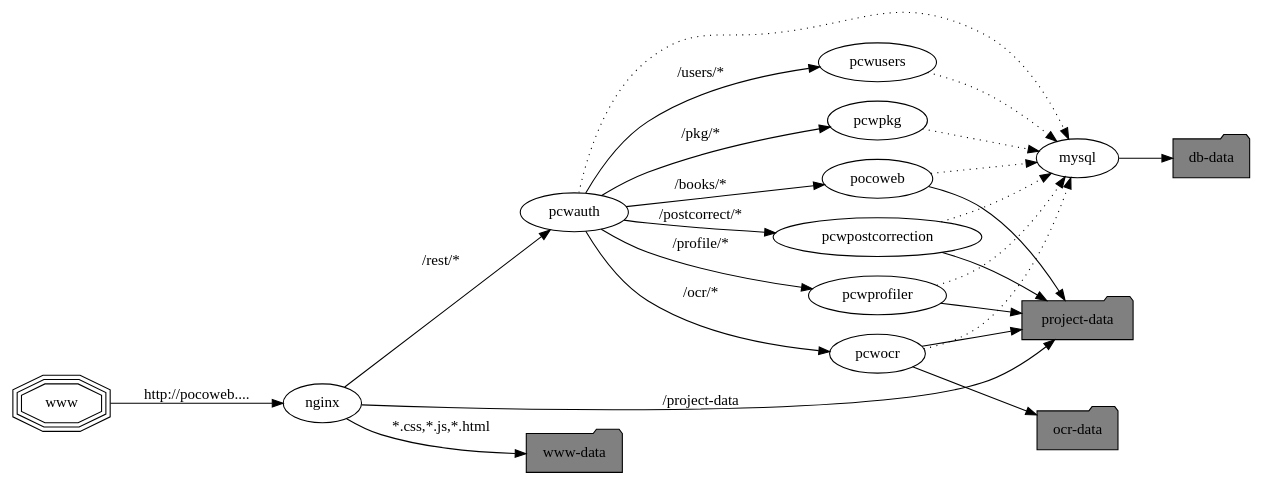
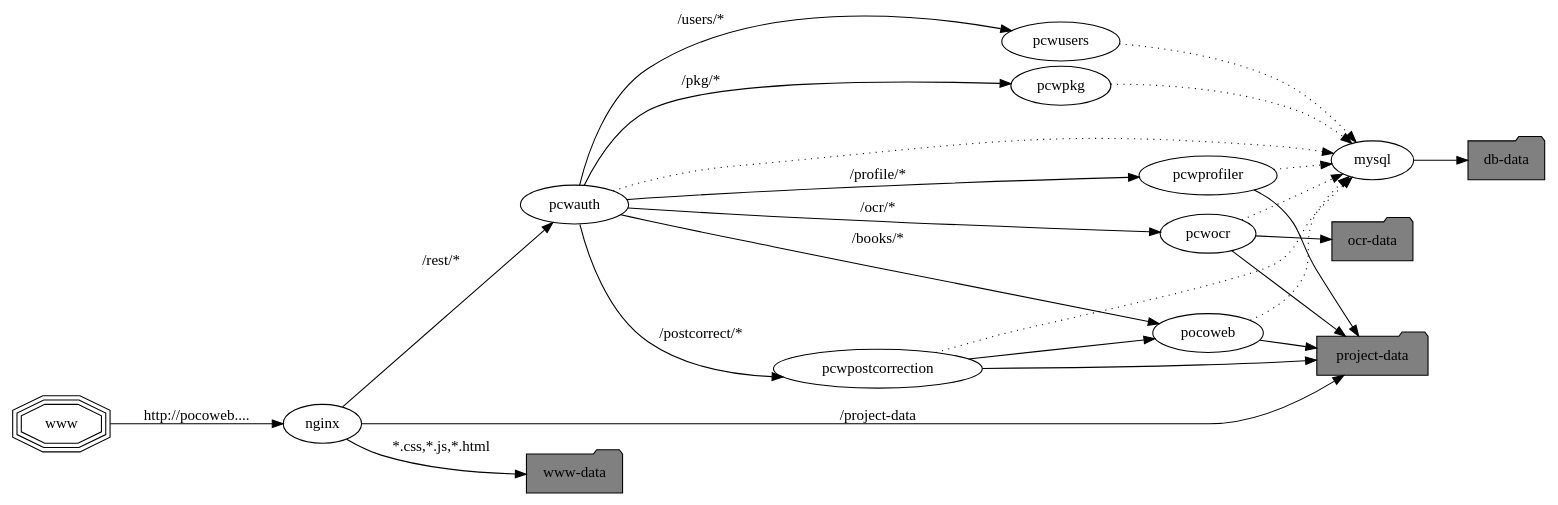
One commit to cisocrgroup/pocoweb changed the diagram in frontend/public_html/assets/images/doc/overview.dot. Above: the diagram before and after it, drawn with Graphviz. The commit also changed 1 other file, not shown here.

```diff
--- a/frontend/public_html/assets/images/doc/overview.dot
+++ b/frontend/public_html/assets/images/doc/overview.dot
@@ -1,41 +1,42 @@
 digraph ov {
  rankdir=LR;
  www [shape=tripleoctagon]
  nginx
  pocoweb
  mysql
  pcwauth
  pcwusers
  pcwprofiler
  pcwpostcorrection
  pcwocr
  pcwpkg
  wwwd [label="www-data" shape=folder fillcolor=gray style=filled]
  projectd [label="project-data" shape=folder fillcolor=gray style=filled]
  ocrd [label="ocr-data" shape=folder fillcolor=gray style=filled]
  dbd [label="db-data" shape=folder fillcolor=gray style=filled]
 
  www -> nginx [label="http://pocoweb...."]
  nginx -> pcwauth [label="/rest/*"]
  nginx -> projectd [label="/project-data"]
  nginx -> wwwd [label="*.css,*.js,*.html"]
  pocoweb -> mysql [style=dotted]
  pocoweb -> projectd
  pcwauth -> pocoweb [label="/books/*"]
  pcwauth -> pcwusers [label="/users/*"]
  pcwauth -> pcwocr [label="/ocr/*"]
  pcwauth -> pcwprofiler [label="/profile/*"]
  pcwauth -> pcwpostcorrection [label="/postcorrect/*"]
  pcwauth -> pcwpkg [label="/pkg/*"]
  pcwauth -> mysql [style=dotted]
  pcwprofiler -> projectd
  pcwprofiler -> mysql [style=dotted]
  pcwpostcorrection -> projectd
+ pcwpostcorrection -> pocoweb
  pcwpostcorrection -> mysql [style=dotted]
  pcwocr -> projectd
  pcwocr -> mysql [style=dotted]
  pcwocr -> ocrd
  pcwusers -> mysql [style=dotted]
  mysql -> dbd
  pcwpkg -> mysql [style=dotted]
 }
```
